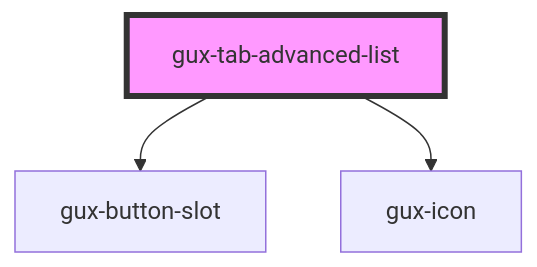
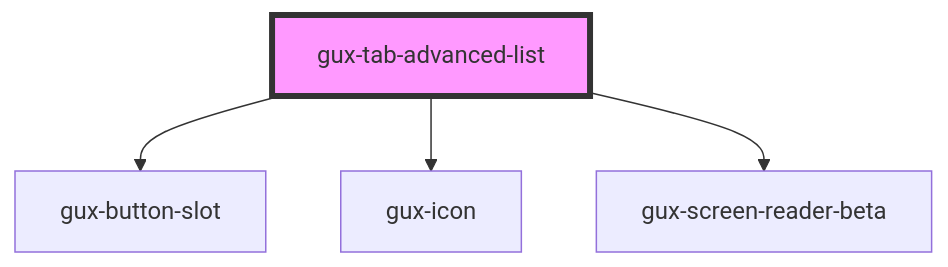
The diagram in packages/genesys-spark-components/src/components/stable/gux-tabs-advanced/gux-tab-advanced-list/readme.md (MyPureCloud/genesys-spark), drawn with Mermaid before and after one commit. The commit also changed other lines of this file and 15 other files, not shown here.

````diff
--- a/packages/genesys-spark-components/src/components/stable/gux-tabs-advanced/gux-tab-advanced-list/readme.md
+++ b/packages/genesys-spark-components/src/components/stable/gux-tabs-advanced/gux-tab-advanced-list/readme.md
@@ -52,6 +53,7 @@
 ```mermaid
 graph TD;
   gux-tab-advanced-list --> gux-button-slot
   gux-tab-advanced-list --> gux-icon
+  gux-tab-advanced-list --> gux-screen-reader-beta
   style gux-tab-advanced-list fill:#f9f,stroke:#333,stroke-width:4px
 ```
````
